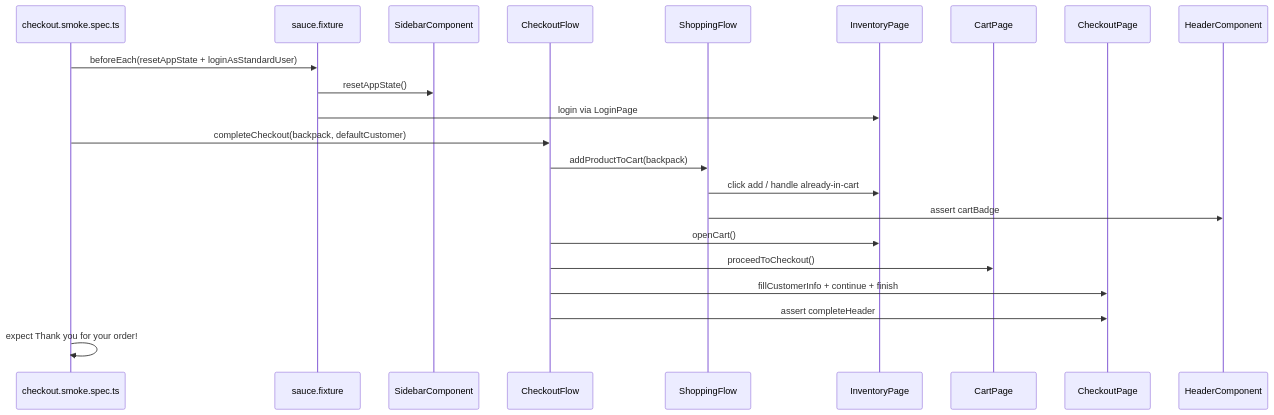
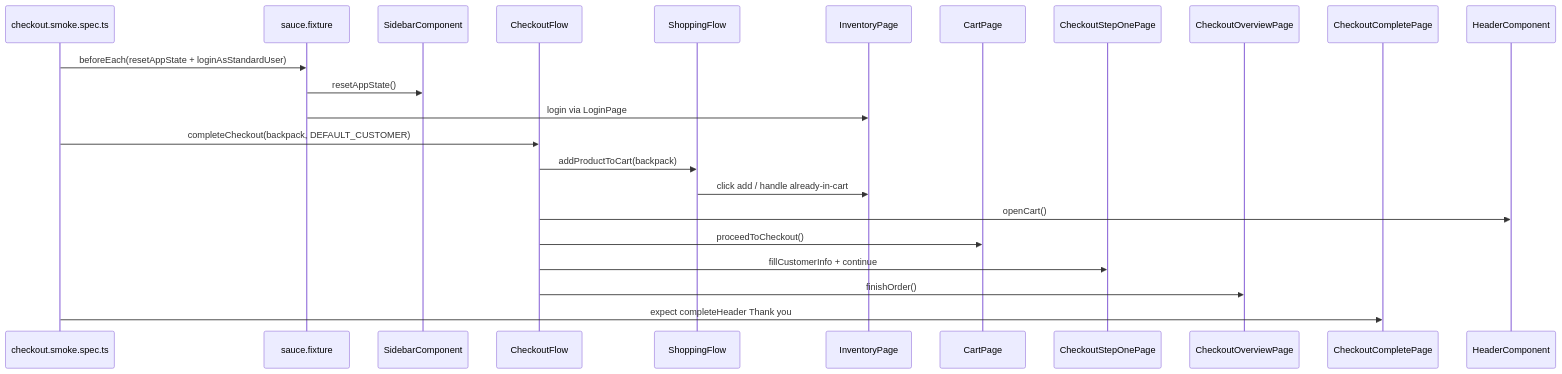
One commit to AgnieszkaPawlak/ai-saucelab-playwright changed the second of 6 diagrams in docs/saucedemo-automation-architecture.md. Above: the diagram before and after it, drawn with Mermaid. The commit also changed other lines of this file and 11 other files, not shown here.

````diff
--- a/docs/saucedemo-automation-architecture.md
+++ b/docs/saucedemo-automation-architecture.md
@@ -138,25 +153,26 @@
 ```mermaid
 sequenceDiagram
     participant T as checkout.smoke.spec.ts
     participant F as sauce.fixture
     participant SB as SidebarComponent
     participant CF as CheckoutFlow
     participant SF as ShoppingFlow
     participant IP as InventoryPage
     participant CP as CartPage
-    participant CH as CheckoutPage
+    participant CS1 as CheckoutStepOnePage
+    participant CS2 as CheckoutOverviewPage
+    participant CC as CheckoutCompletePage
     participant HC as HeaderComponent
 
     T->>F: beforeEach(resetAppState + loginAsStandardUser)
     F->>SB: resetAppState()
     F->>IP: login via LoginPage
-    T->>CF: completeCheckout(backpack, defaultCustomer)
+    T->>CF: completeCheckout(backpack, DEFAULT_CUSTOMER)
     CF->>SF: addProductToCart(backpack)
     SF->>IP: click add / handle already-in-cart
-    SF->>HC: assert cartBadge
-    CF->>IP: openCart()
+    CF->>HC: openCart()
     CF->>CP: proceedToCheckout()
-    CF->>CH: fillCustomerInfo + continue + finish
-    CF->>CH: assert completeHeader
-    T->>T: expect Thank you for your order!
+    CF->>CS1: fillCustomerInfo + continue
+    CF->>CS2: finishOrder()
+    T->>CC: expect completeHeader Thank you
 ```
````
